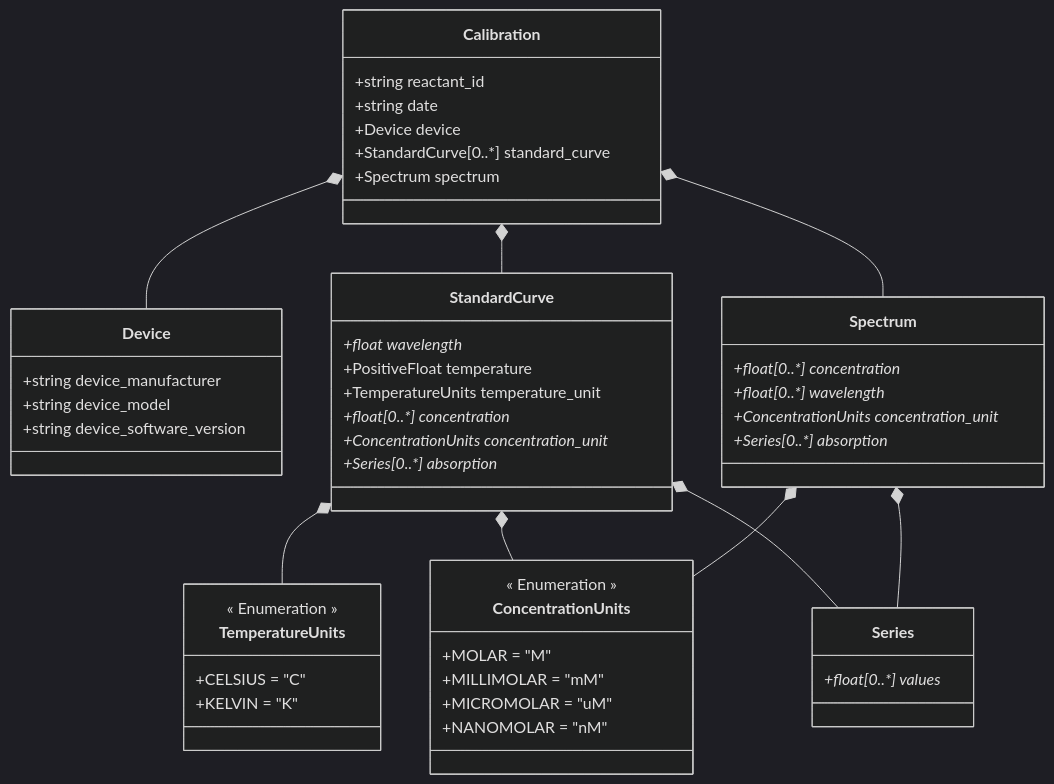
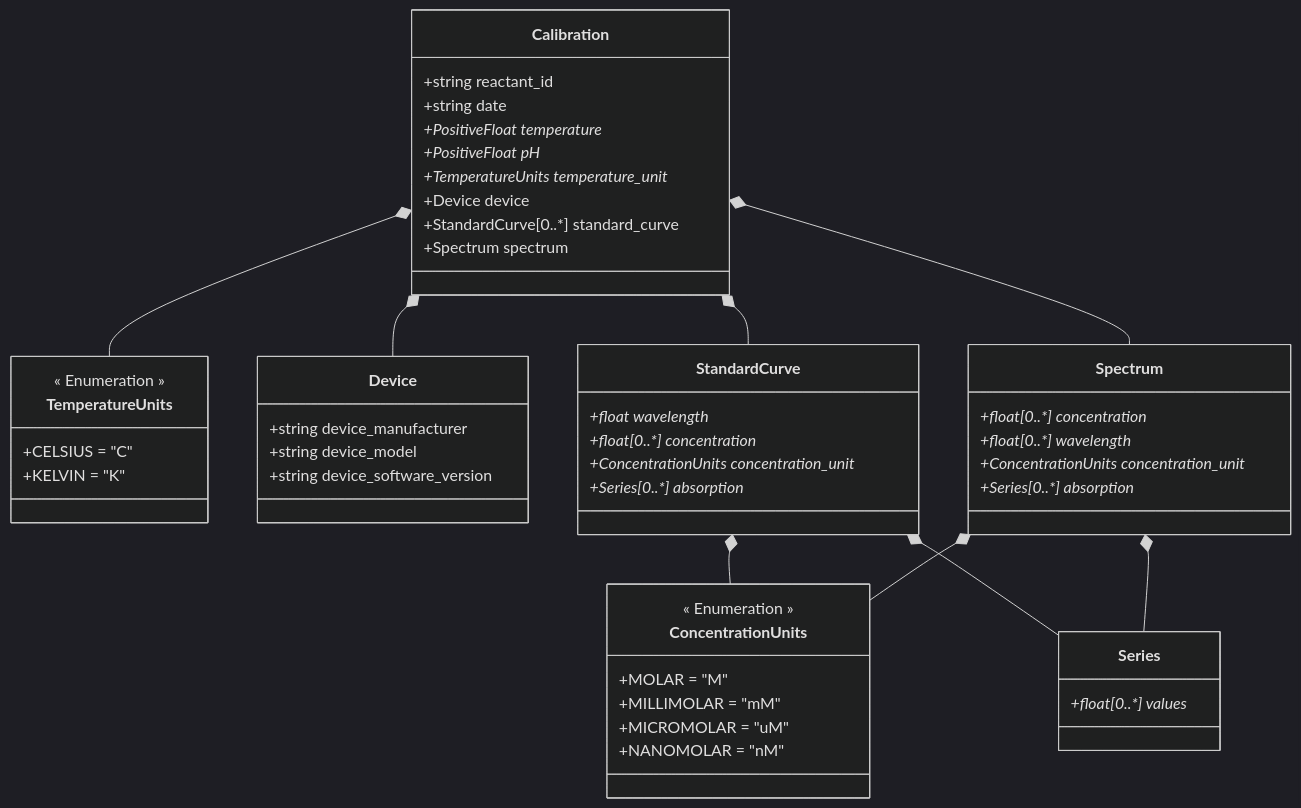
Before and after one commit to FAIRChemistry/datamodel_calibration: the diagram in datamodel_calibration/schemes/CalibrationDatamodel.md, drawn with Mermaid (dark theme). The commit also changed 3 other files, not shown here.

````diff
--- a/datamodel_calibration/schemes/CalibrationDatamodel.md
+++ b/datamodel_calibration/schemes/CalibrationDatamodel.md
@@ -1,60 +1,61 @@
 ```mermaid
 classDiagram
+    Calibration *-- TemperatureUnits
     Calibration *-- Device
     Calibration *-- StandardCurve
     Calibration *-- Spectrum
-    StandardCurve *-- TemperatureUnits
     StandardCurve *-- ConcentrationUnits
     StandardCurve *-- Series
     Spectrum *-- ConcentrationUnits
     Spectrum *-- Series
     
     class Calibration {
         +string reactant_id
         +string date
+        +PositiveFloat temperature*
+        +PositiveFloat pH*
+        +TemperatureUnits temperature_unit*
         +Device device
         +StandardCurve[0..*] standard_curve
         +Spectrum spectrum
     }
     
     class Device {
         +string device_manufacturer
         +string device_model
         +string device_software_version
     }
     
     class StandardCurve {
         +float wavelength*
-        +PositiveFloat temperature
-        +TemperatureUnits temperature_unit
         +float[0..*] concentration*
         +ConcentrationUnits concentration_unit*
         +Series[0..*] absorption*
     }
     
     class Spectrum {
         +float[0..*] concentration*
         +float[0..*] wavelength*
         +ConcentrationUnits concentration_unit*
         +Series[0..*] absorption*
     }
     
     class Series {
         +float[0..*] values*
     }
     
     class TemperatureUnits {
         << Enumeration >>
         +CELSIUS = "C"
         +KELVIN = "K"
     }
     
     class ConcentrationUnits {
         << Enumeration >>
         +MOLAR = "M"
         +MILLIMOLAR = "mM"
         +MICROMOLAR = "uM"
         +NANOMOLAR = "nM"
     }
     
 ```
````
